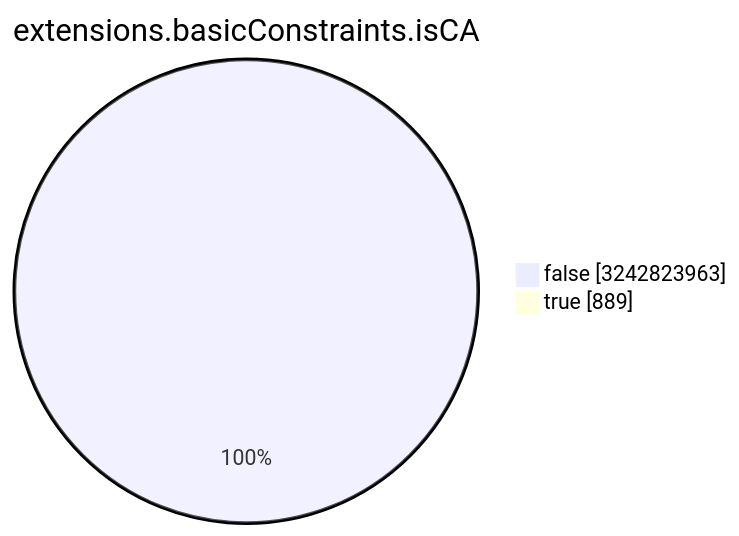
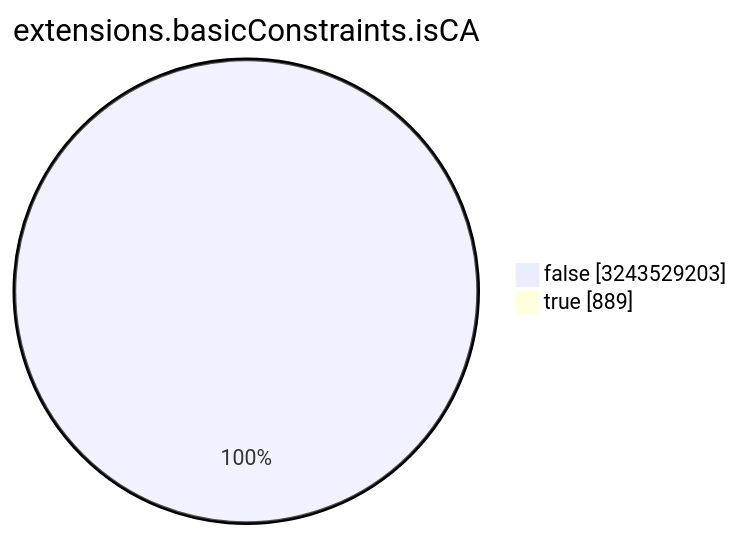
One commit to christiankrug/ctmonitor_visualization changed the seventh of 15 diagrams in TOTAL/README.md. Above: the diagram before and after it, drawn with Mermaid. The commit also changed other lines of this file, not shown here.

````diff
--- a/TOTAL/README.md
+++ b/TOTAL/README.md
@@ -3088,6 +3088,6 @@
 ```mermaid
 pie showData
 title extensions.basicConstraints.isCA
-"false" :3242823963
+"false" :3243529203
 "true" :889
 ```
````
